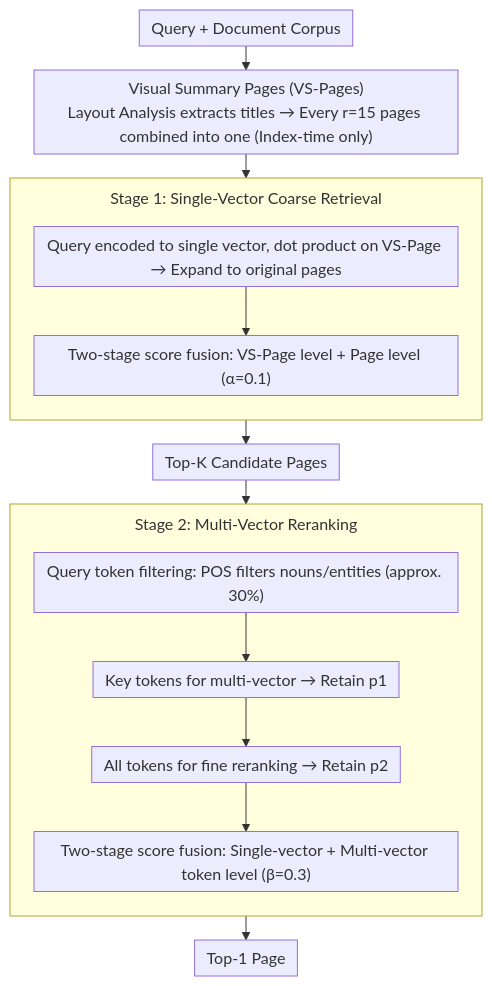
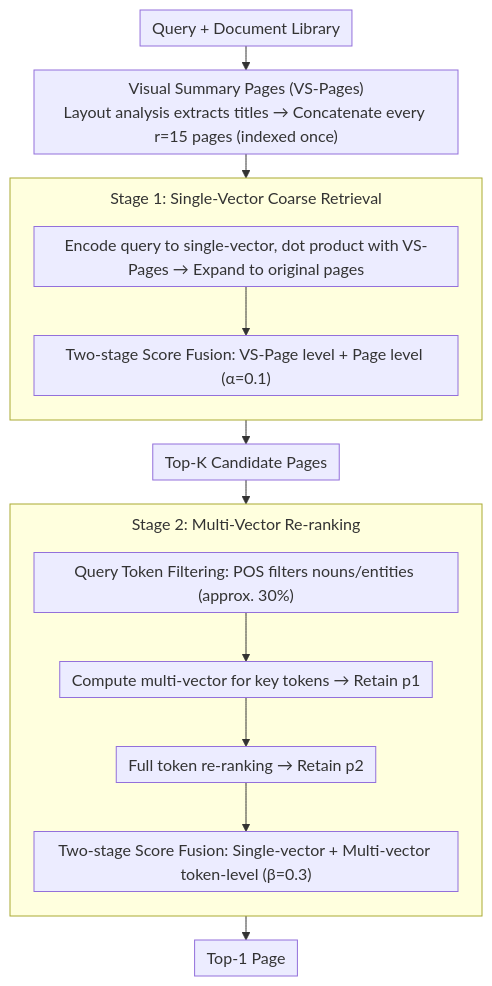
Before and after one commit to zhaoyang97/Paper-Notes-en: the diagram in docs/ACL2026/information_retrieval/hybrid-vector_retrieval_for_visually_rich_documents_combining_single-vector_effi.md, drawn with Mermaid. The commit also changed other lines of this file and 5084 other files, not shown here.

````diff
--- a/docs/ACL2026/information_retrieval/hybrid-vector_retrieval_for_visually_rich_documents_combining_single-vector_effi.md
+++ b/docs/ACL2026/information_retrieval/hybrid-vector_retrieval_for_visually_rich_documents_combining_single-vector_effi.md
@@ -47,19 +47,19 @@
 ```mermaid
 %%{init: {'flowchart': {'rankSpacing': 24, 'nodeSpacing': 28, 'padding': 6, 'wrappingWidth': 400, 'subGraphTitleMargin': {'top': 8, 'bottom': 16}}}}%%
 flowchart TD
-    Q["Query + Document Corpus"] --> VS["Visual Summary Pages (VS-Pages)<br/>Layout Analysis extracts titles → Every r=15 pages combined into one (Index-time only)"]
+    Q["Query + Document Library"] --> VS["Visual Summary Pages (VS-Pages)<br/>Layout analysis extracts titles → Concatenate every r=15 pages (indexed once)"]
     VS --> S1
     subgraph S1["Stage 1: Single-Vector Coarse Retrieval"]
         direction TB
-        R1["Query encoded to single vector, dot product on VS-Page → Expand to original pages"] --> F1["Two-stage score fusion: VS-Page level + Page level (α=0.1)"]
+        R1["Encode query to single-vector, dot product with VS-Pages → Expand to original pages"] --> F1["Two-stage Score Fusion: VS-Page level + Page level (α=0.1)"]
     end
     S1 --> TK["Top-K Candidate Pages"]
     TK --> S2
-    subgraph S2["Stage 2: Multi-Vector Reranking"]
+    subgraph S2["Stage 2: Multi-Vector Re-ranking"]
         direction TB
-        POS["Query token filtering: POS filters nouns/entities (approx. 30%)"] --> M1["Key tokens for multi-vector → Retain p1"]
-        M1 --> M2["All tokens for fine reranking → Retain p2"]
-        M2 --> F2["Two-stage score fusion: Single-vector + Multi-vector token level (β=0.3)"]
+        POS["Query Token Filtering: POS filters nouns/entities (approx. 30%)"] --> M1["Compute multi-vector for key tokens → Retain p1"]
+        M1 --> M2["Full token re-ranking → Retain p2"]
+        M2 --> F2["Two-stage Score Fusion: Single-vector + Multi-vector token-level (β=0.3)"]
     end
     S2 --> OUT["Top-1 Page"]
 ```
````
